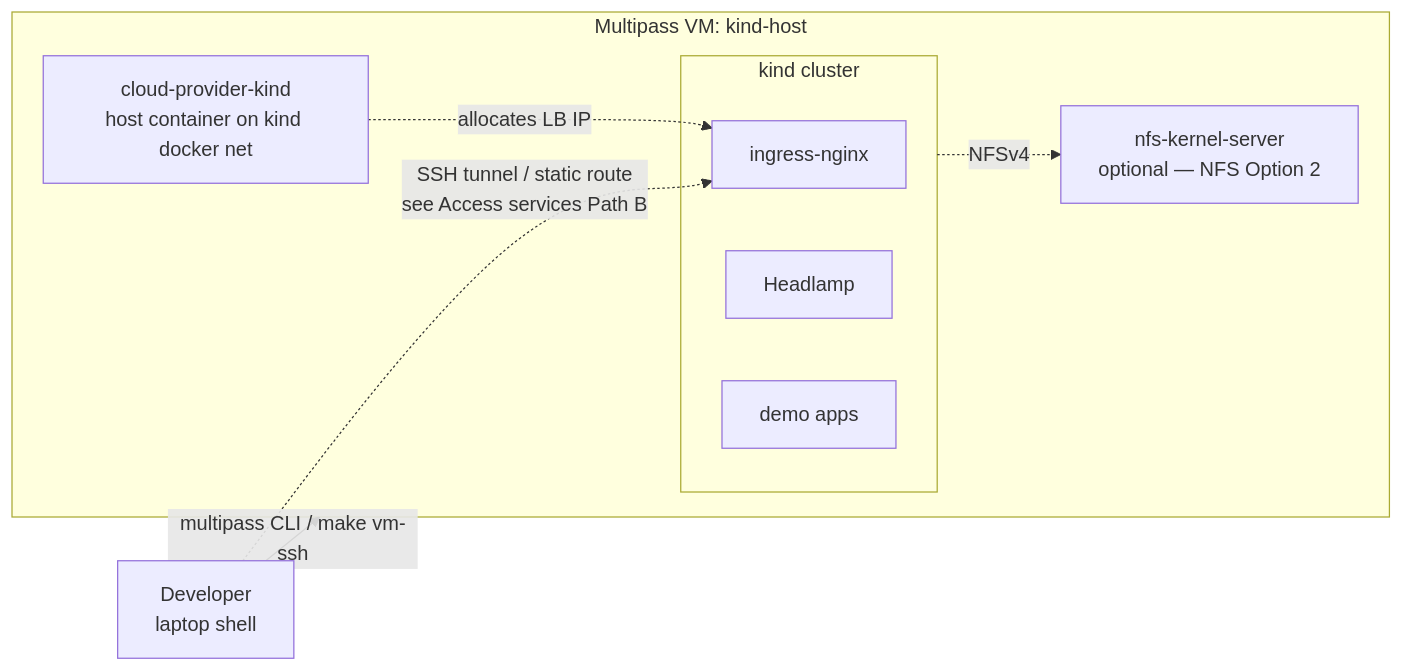
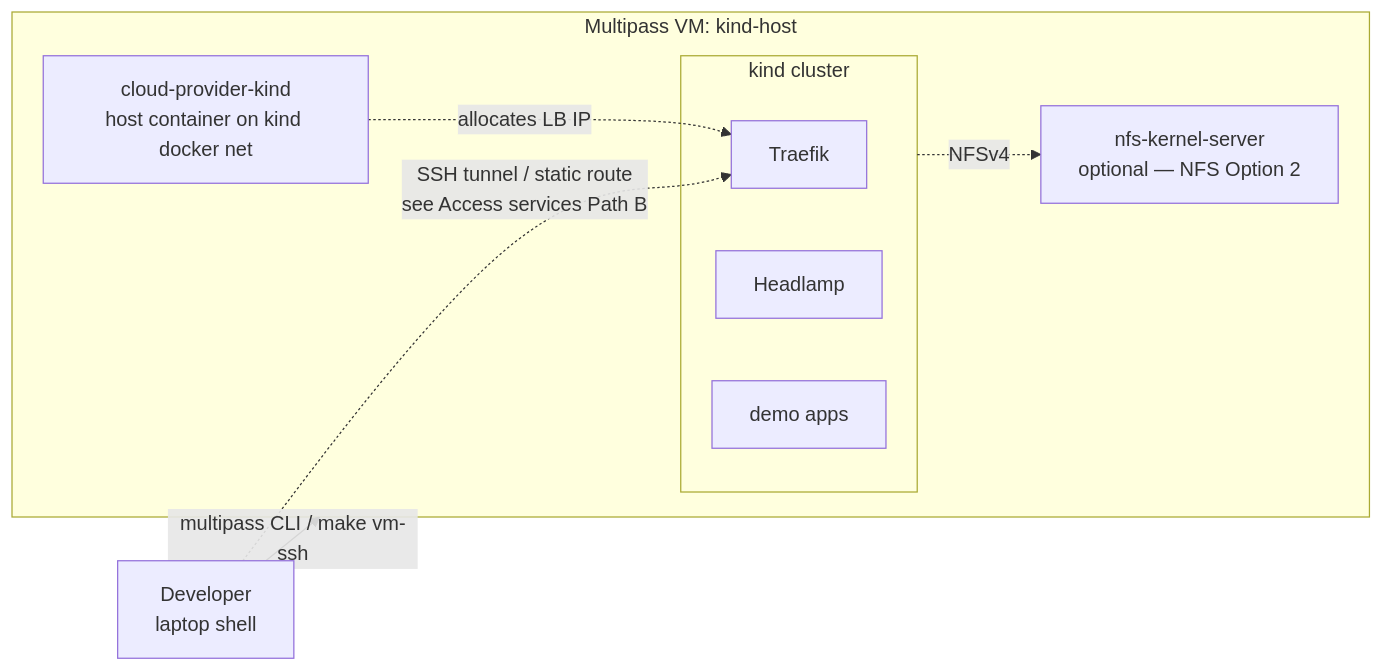
The fourth of 4 diagrams in README.md (AndriyKalashnykov/kind-cluster), drawn with Mermaid before and after one commit. The commit also changed other lines of this file and 14 other files, not shown here.

First line of the commit message:
chore: migrate ingress-nginx -> Traefik (replaces retired controller) (#63)

````diff
--- a/README.md
+++ b/README.md
@@ -202,17 +202,17 @@
 ```mermaid
 flowchart LR
     DEV[Developer<br/>laptop shell]
     subgraph vm[Multipass VM: kind-host]
         subgraph cluster[kind cluster]
-            ING[ingress-nginx]
+            ING[Traefik]
             HL[Headlamp]
             APPS[demo apps]
         end
         LB[cloud-provider-kind<br/>host container on kind docker net]
         NFS[nfs-kernel-server<br/>optional — NFS Option 2]
         LB -.allocates LB IP.-> ING
         cluster -.NFSv4.-> NFS
     end
     DEV -->|multipass CLI / make vm-ssh| vm
     DEV -.->|SSH tunnel / static route<br/>see Access services Path B| ING
 ```
````
